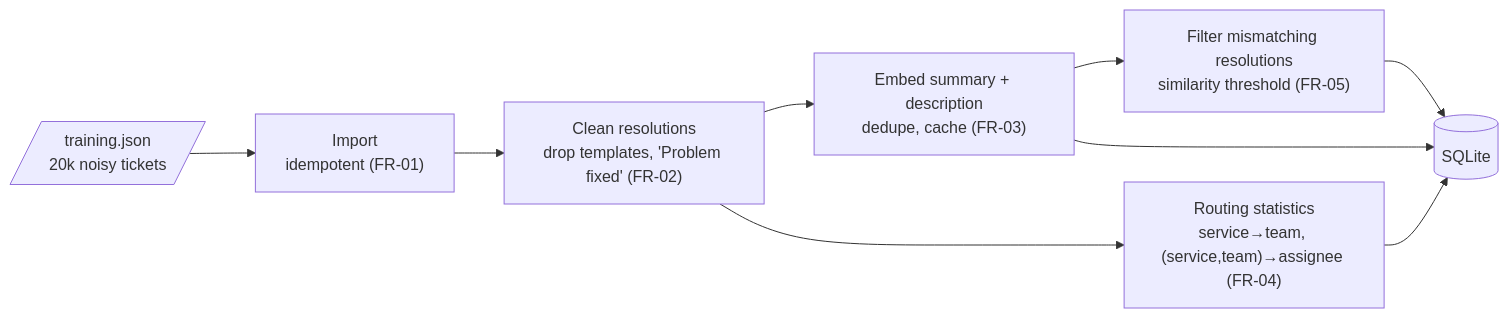
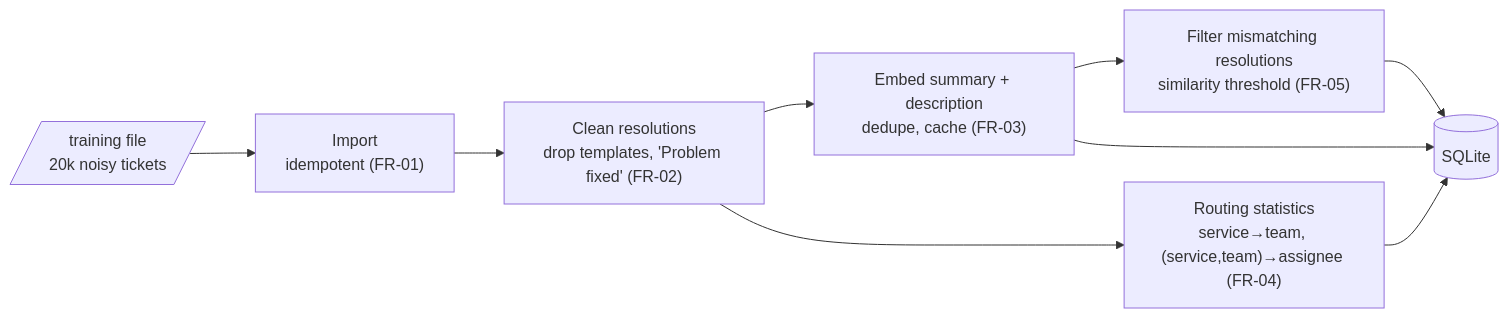
Before and after one commit to githubfawu/TriAIge: the third of 8 diagrams in docs/architecture.md, drawn with Mermaid. The commit also changed other lines of this file and 66 other files, not shown here.

````diff
--- a/docs/architecture.md
+++ b/docs/architecture.md
@@ -65,9 +65,9 @@
 ```mermaid
 flowchart LR
-    json[/training.json<br/>20k noisy tickets/] --> imp["Import<br/>idempotent (FR-01)"]
+    json[/training file<br/>20k noisy tickets/] --> imp["Import<br/>idempotent (FR-01)"]
     imp --> clean["Clean resolutions<br/>drop templates, 'Problem fixed' (FR-02)"]
     clean --> emb["Embed summary + description<br/>dedupe, cache (FR-03)"]
     clean --> stats["Routing statistics<br/>service→team, (service,team)→assignee (FR-04)"]
     emb --> filt["Filter mismatching resolutions<br/>similarity threshold (FR-05)"]
     emb & stats & filt --> db[(SQLite)]
 ```
````
